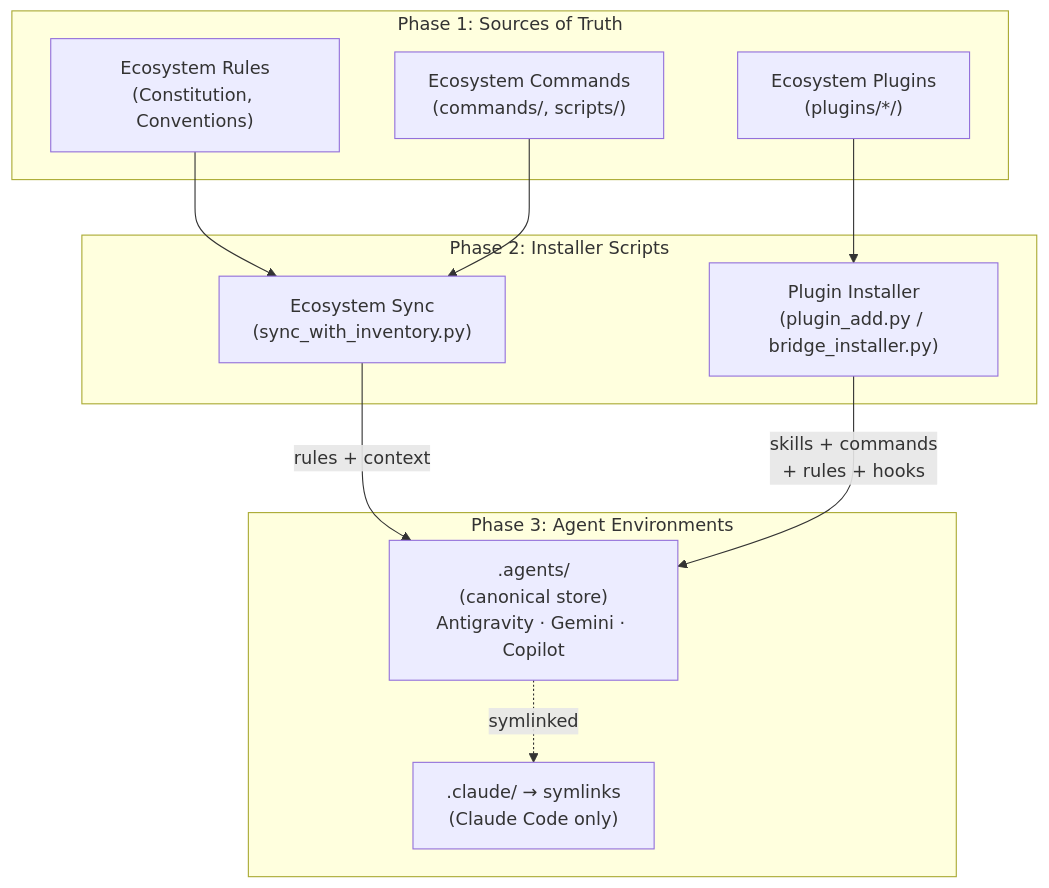
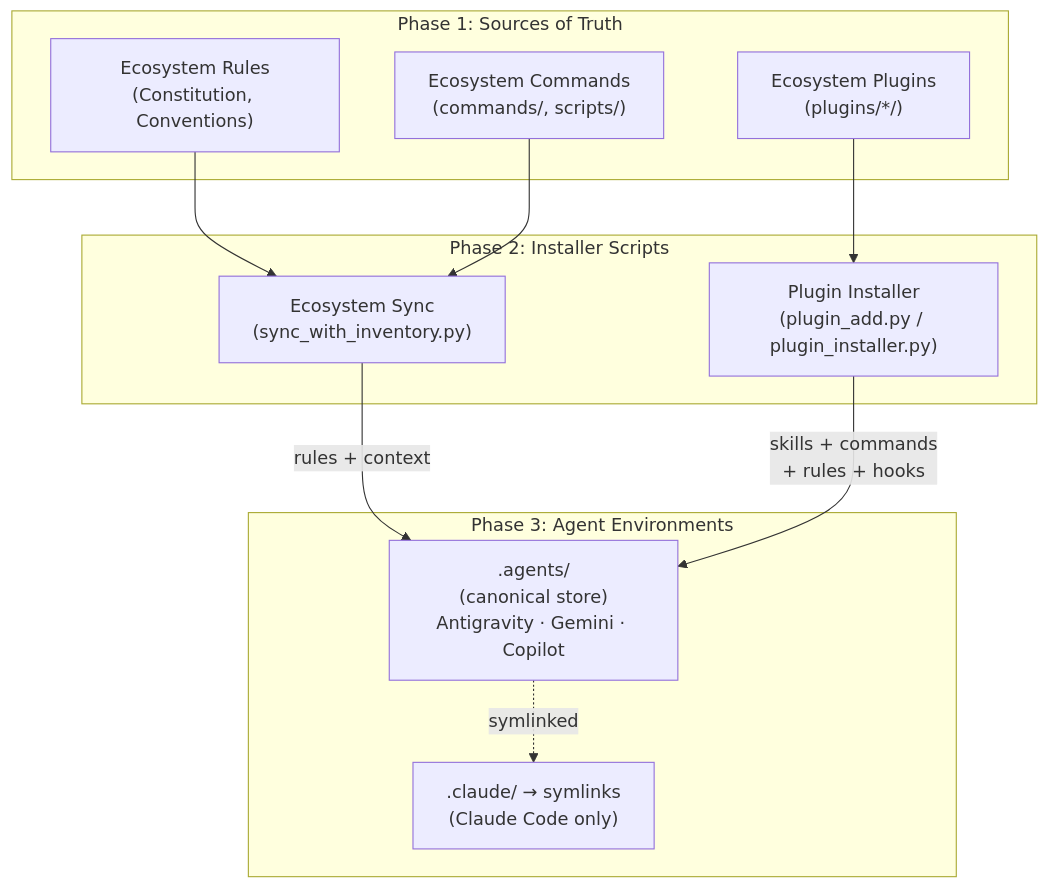
One commit to richfrem/agent-plugins-skills changed the diagram in plugins/plugin-manager/assets/diagrams/ecosystem_system_bridge.mmd. Above: the diagram before and after it, drawn with Mermaid. The commit also changed 805 other files, not shown here.

Commit message:
feat: rename bridge_installer to plugin_installer, add plugin-remover skill and test harness, harden registry tracking

```diff
--- a/plugins/plugin-manager/assets/diagrams/ecosystem_system_bridge.mmd
+++ b/plugins/plugin-manager/assets/diagrams/ecosystem_system_bridge.mmd
@@ -1,31 +1,31 @@
 graph TD
     %% Phase 1: Sources
     subgraph Phase1 ["Phase 1: Sources of Truth"]
         P_Rules["Ecosystem Rules<br/>(Constitution, Conventions)"]
         W_Masters["Ecosystem Commands<br/>(commands/, scripts/)"]
         Plugins["Ecosystem Plugins<br/>(plugins/*/)"]
     end
 
     %% Phase 2: Bridge Logic
     subgraph Phase2 ["Phase 2: Installer Scripts"]
         BridgeSync["Ecosystem Sync<br/>(sync_with_inventory.py)"]
-        BridgeInstall["Plugin Installer<br/>(plugin_add.py / bridge_installer.py)"]
+        BridgeInstall["Plugin Installer<br/>(plugin_add.py / plugin_installer.py)"]
     end
 
     %% Phase 3: Targets
     subgraph Phase3 ["Phase 3: Agent Environments"]
         Central[".agents/<br/>(canonical store)<br/>Antigravity · Gemini · Copilot"]
         Claude[".claude/ → symlinks<br/>(Claude Code only)"]
     end
 
     %% Connections
     P_Rules --> BridgeSync
     W_Masters --> BridgeSync
     Plugins --> BridgeInstall
 
     %% BridgeSync Outbound
     BridgeSync -->|"rules + context"| Central
 
     %% BridgeInstall Outbound
     BridgeInstall -->|"skills + commands<br/>+ rules + hooks"| Central
     Central -.->|"symlinked"| Claude
```
